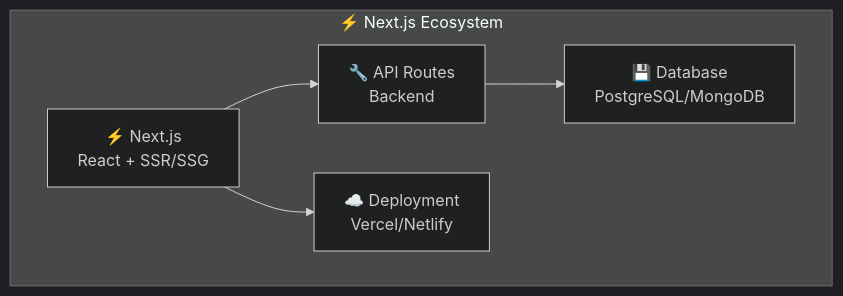
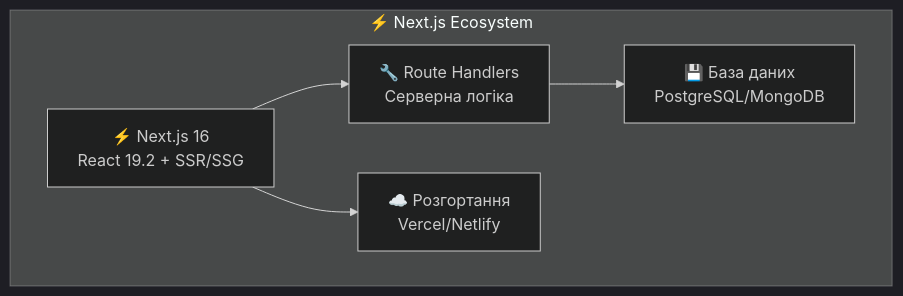
Diagram 15 of 17 in presentations/presentation-01.md (olroi421/course-web), drawn with Mermaid (dark theme) before and after one commit. The commit also changed other lines of this file and 4 other files, not shown here.

````diff
--- a/presentations/presentation-01.md
+++ b/presentations/presentation-01.md
@@ -478,13 +505,13 @@
 ```mermaid
 graph TB
     subgraph "⚡ Next.js Ecosystem"
-        A[⚡ Next.js<br/>React + SSR/SSG]
-        B[🔧 API Routes<br/>Backend]
-        C[💾 Database<br/>PostgreSQL/MongoDB]
-        D[☁️ Deployment<br/>Vercel/Netlify]
+        A[⚡ Next.js 16<br/>React 19.2 + SSR/SSG]
+        B[🔧 Route Handlers<br/>Серверна логіка]
+        C[💾 База даних<br/>PostgreSQL/MongoDB]
+        D[☁️ Розгортання<br/>Vercel/Netlify]
     end
 
     A --> B
     B --> C
     A --> D
 ```
````
